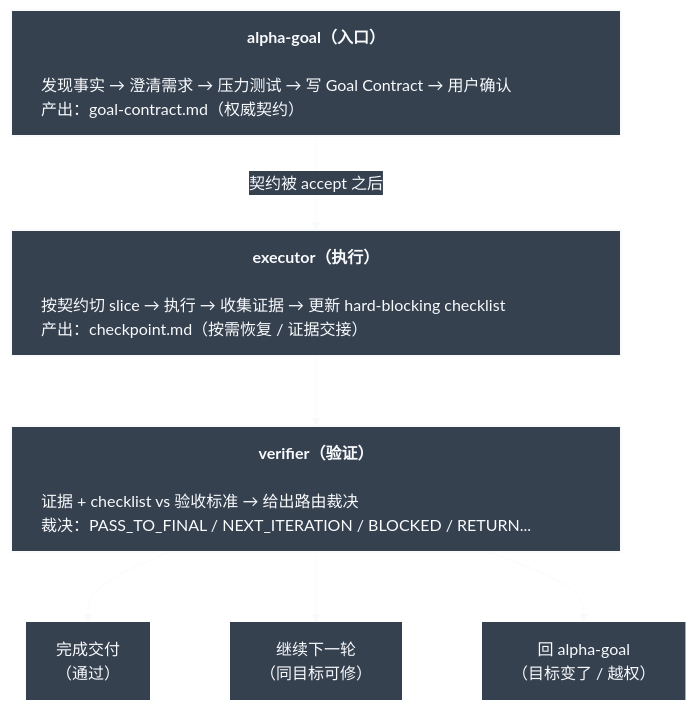
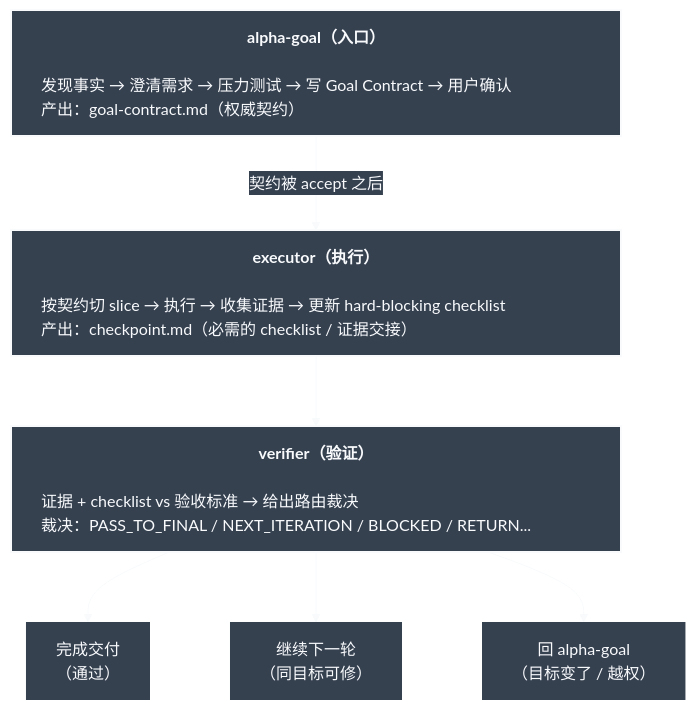
Before and after one commit to azhonglee/alpha-goal: the diagram in README.md, drawn with Mermaid. The commit also changed other lines of this file and 15 other files, not shown here.

````diff
--- a/README.md
+++ b/README.md
@@ -42,18 +42,18 @@
 ```mermaid
 %%{init: {"theme":"base","flowchart":{"wrappingWidth":500,"nodeSpacing":80,"rankSpacing":70,"htmlLabels":true},"markdownAutoWrap":false,"themeVariables":{"background":"#364150","primaryColor":"#364150","primaryTextColor":"#f8fafc","primaryBorderColor":"#f8fafc","lineColor":"#f8fafc","edgeLabelBackground":"#364150","fontFamily":"ui-monospace, SFMono-Regular, Menlo, Monaco, Consolas, monospace"}}}%%
 flowchart TD
   AG["<div align='center'><strong>alpha-goal（入口）</strong></div><div align='left' style='width:550px'><br/>发现事实 → 澄清需求 → 压力测试 → 写 Goal Contract → 用户确认<br/>产出：goal-contract.md（权威契约）</div>"]
-  CL["<div align='center'><strong>executor（执行）</strong></div><div align='left' style='width:550px'><br/>按契约切 slice → 执行 → 收集证据 → 更新 hard-blocking checklist<br/>产出：checkpoint.md（按需恢复 / 证据交接）</div>"]
+  CL["<div align='center'><strong>executor（执行）</strong></div><div align='left' style='width:550px'><br/>按契约切 slice → 执行 → 收集证据 → 更新 hard-blocking checklist<br/>产出：checkpoint.md（必需的 checklist / 证据交接）</div>"]
   GV["<div align='center'><strong>verifier（验证）</strong></div><div align='left' style='width:550px'><br/>证据 + checklist vs 验收标准 → 给出路由裁决<br/>裁决：PASS_TO_FINAL / NEXT_ITERATION / BLOCKED / RETURN...</div>"]
 
   AG -->|"契约被 accept 之后"| CL
   CL --> GV
   GV --> Pass["完成交付<br/>（通过）"]
   GV --> Next["继续下一轮<br/>（同目标可修）"]
   GV --> Return["回 alpha-goal<br/>（目标变了 / 越权）"]
 
   classDef stage fill:#364150,stroke:#f8fafc,color:#f8fafc,stroke-width:2px;
   classDef route fill:#364150,stroke:#364150,color:#f8fafc,stroke-width:0px;
   class AG,CL,GV stage;
   class Pass,Next,Return route;
 ```
````
